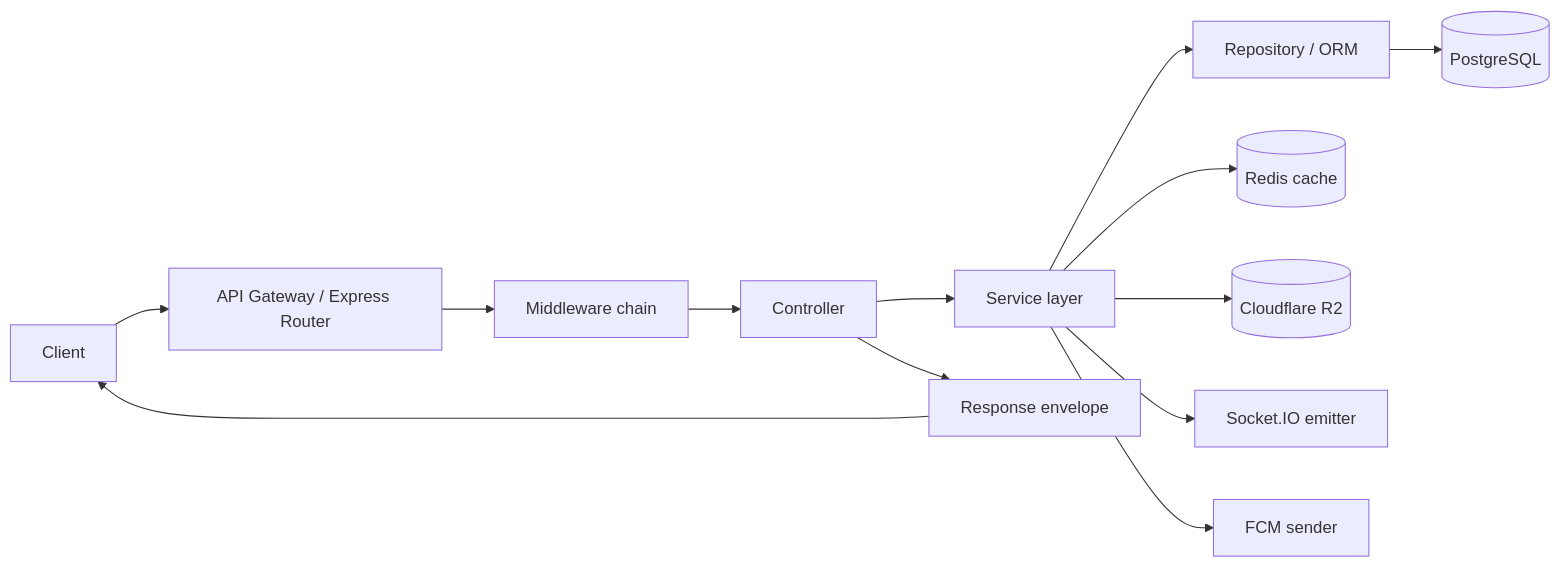
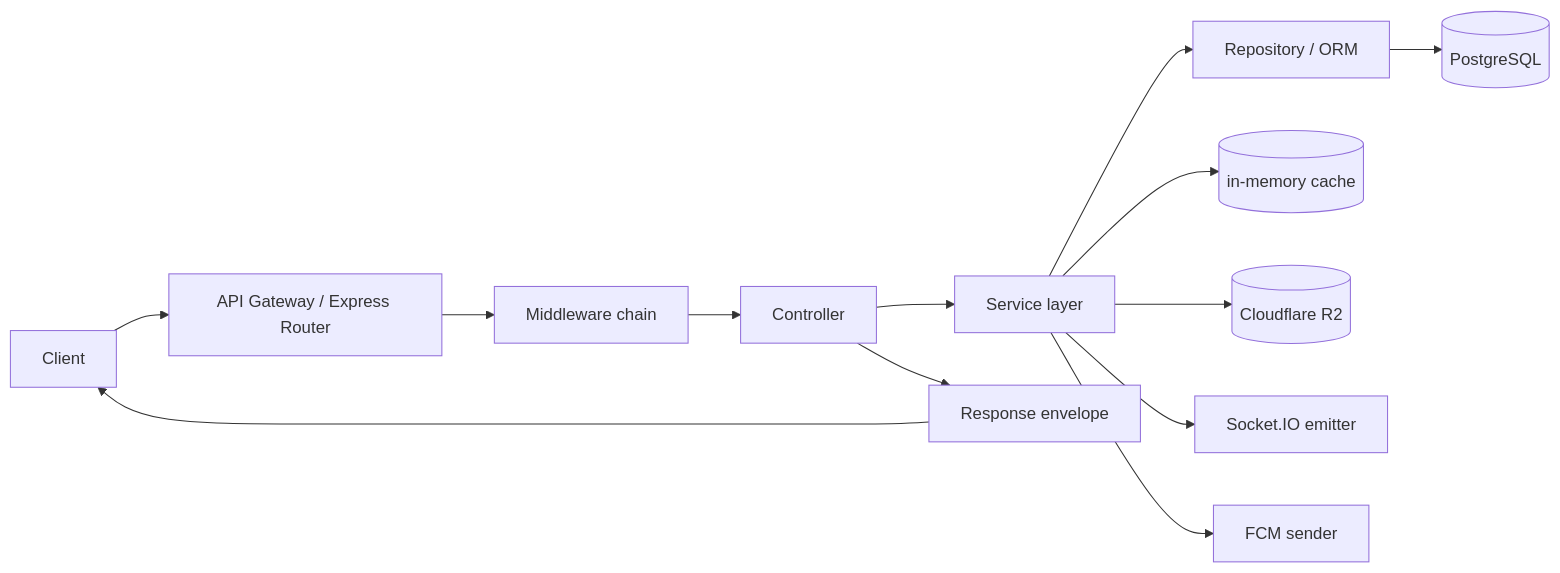
One commit to jeerupraveen04/Newswatchrequirement changed the first of 10 diagrams in docs/flows/08-api-interaction-flow.md. Above: the diagram before and after it, drawn with Mermaid. The commit also changed other lines of this file and 64 other files, not shown here.

````diff
--- a/docs/flows/08-api-interaction-flow.md
+++ b/docs/flows/08-api-interaction-flow.md
@@ -36,15 +36,15 @@
 ```mermaid
 flowchart LR
   C[Client] --> GW[API Gateway / Express Router]
   GW --> MW[Middleware chain]
   MW --> CT[Controller]
   CT --> SV[Service layer]
   SV --> RP[Repository / ORM]
   RP --> DB[(PostgreSQL)]
-  SV --> RD[(Redis cache)]
+  SV --> RD[(in-memory cache)]
   SV --> R2[(Cloudflare R2)]
   SV --> WS[Socket.IO emitter]
   SV --> FCM[FCM sender]
   CT --> ENV[Response envelope]
   ENV --> C
 ```
````
